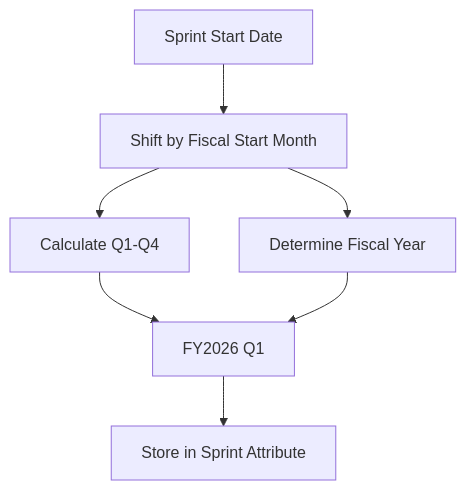
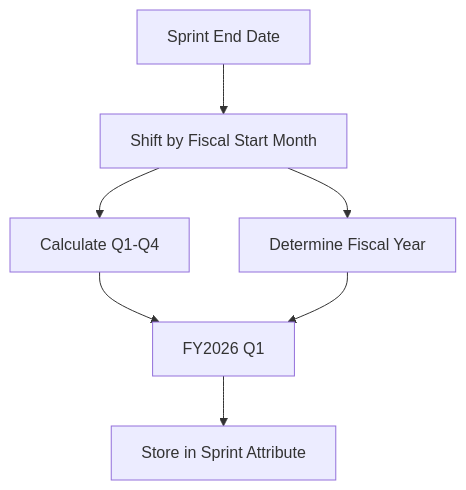
Before and after one commit to AlesKracik/ValueStream-DependencyTree: the diagram in doc/SPRINTS.md, drawn with Mermaid. The commit also changed 5 other files, not shown here.

````diff
--- a/doc/SPRINTS.md
+++ b/doc/SPRINTS.md
@@ -21,9 +21,9 @@
 ```mermaid
 graph TD
-    Date[Sprint Start Date] --> Shift[Shift by Fiscal Start Month]
+    Date[Sprint End Date] --> Shift[Shift by Fiscal Start Month]
     Shift --> Quarter[Calculate Q1-Q4]
     Shift --> Year[Determine Fiscal Year]
     Quarter --> Label[FY2026 Q1]
     Year --> Label
     Label --> Persist[Store in Sprint Attribute]
 ```
````
